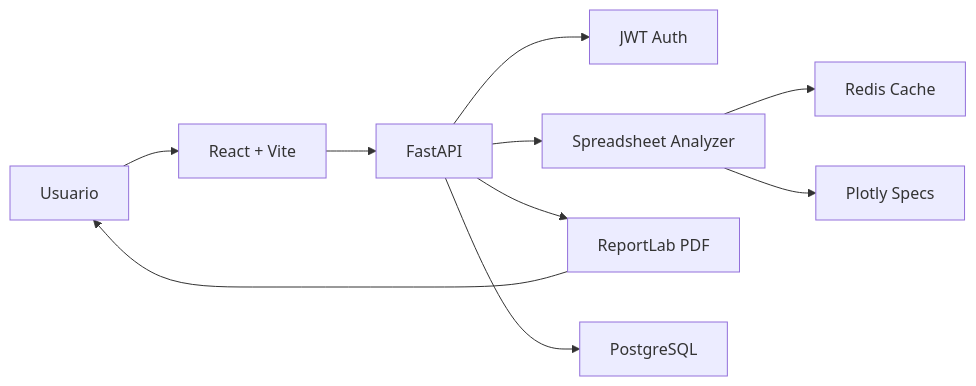
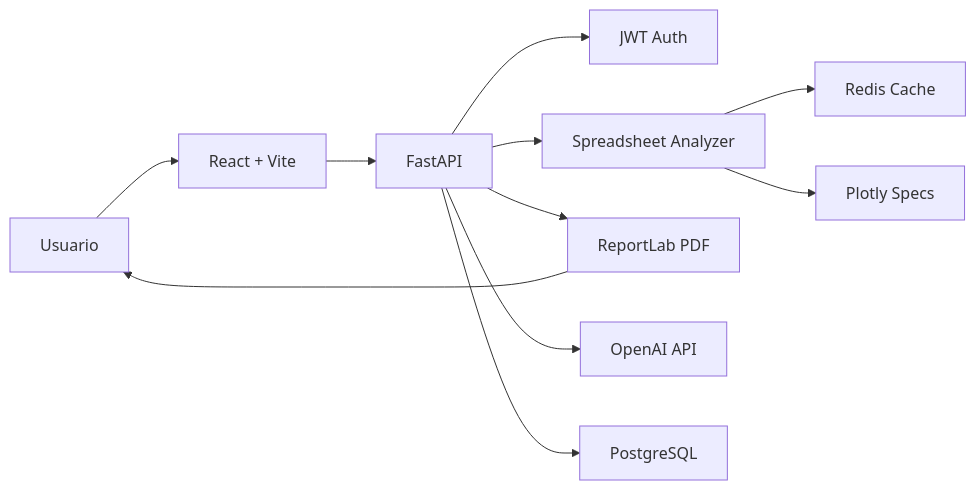
The diagram in README.md (JoaoMDM31/SmartReports), drawn with Mermaid before and after one commit. The commit also changed other lines of this file and 8 other files, not shown here.

````diff
--- a/README.md
+++ b/README.md
@@ -28,12 +42,13 @@
 ```mermaid
 flowchart LR
   User["Usuario"] --> UI["React + Vite"]
   UI --> API["FastAPI"]
   API --> Auth["JWT Auth"]
   API --> Analyzer["Spreadsheet Analyzer"]
   API --> PDF["ReportLab PDF"]
   Analyzer --> Cache["Redis Cache"]
+  API --> OpenAI["OpenAI API"]
   API --> DB["PostgreSQL"]
   Analyzer --> Plotly["Plotly Specs"]
   PDF --> User
 ```
````
